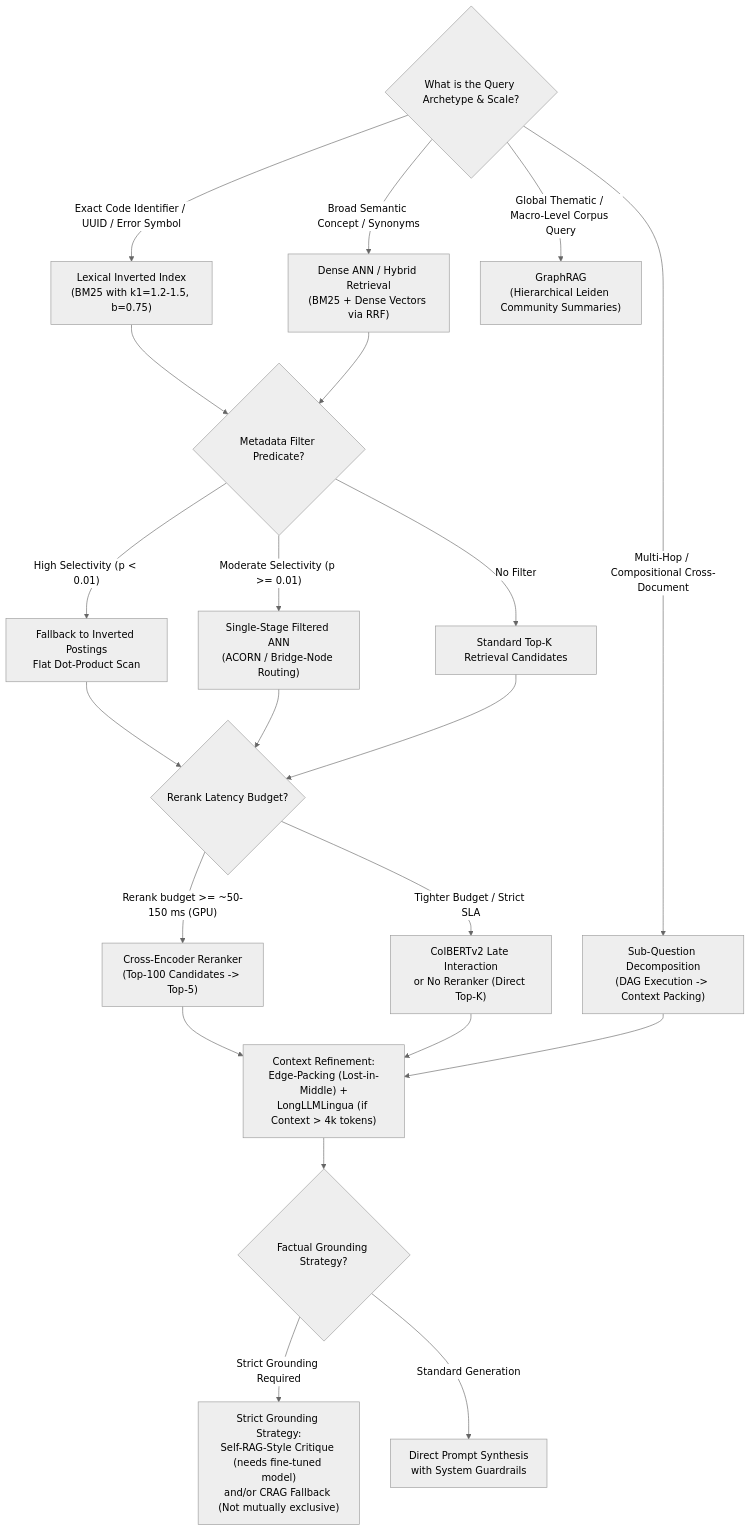
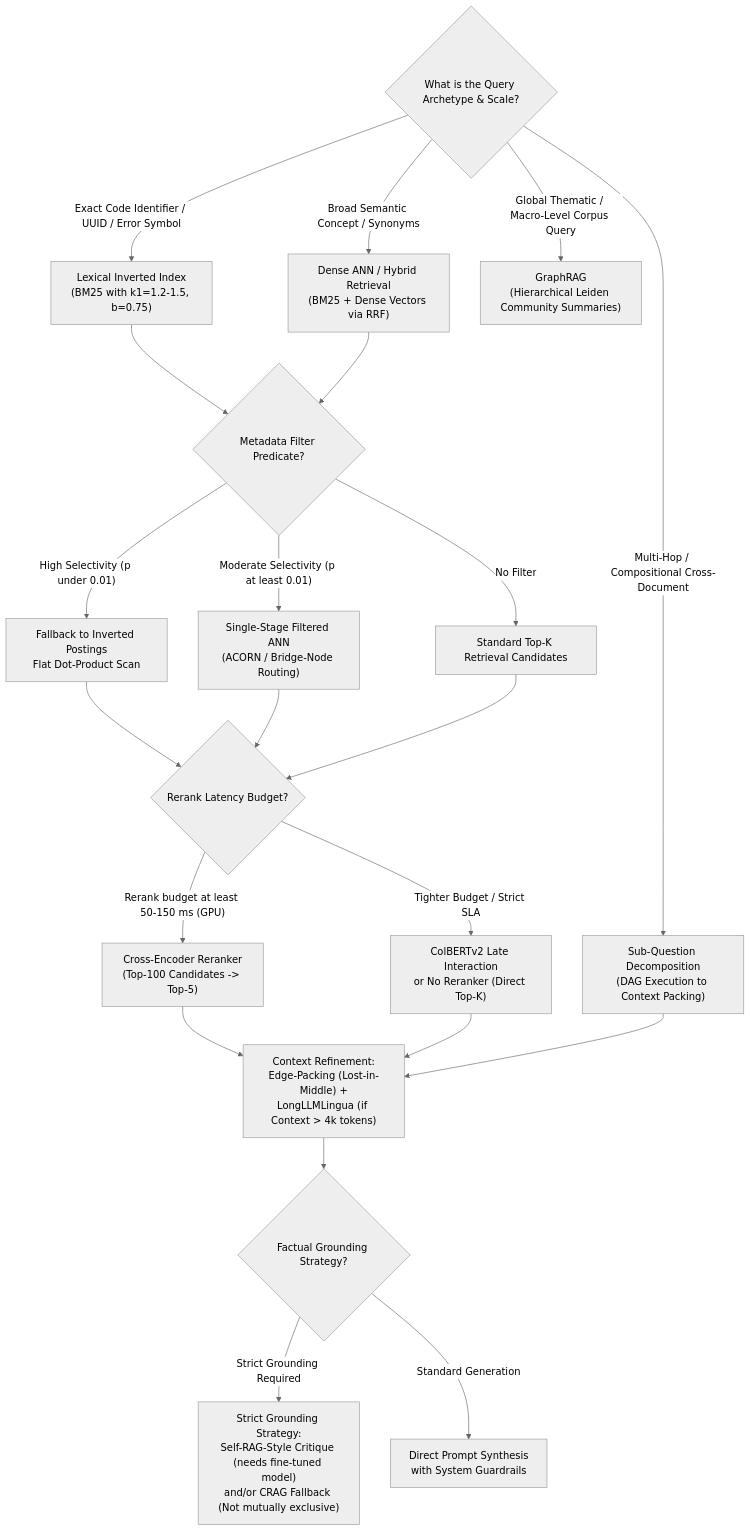
Before and after one commit to divyansh070/ml_notes: the diagram in rag-guide/99-interview-cheatsheet.md, drawn with Mermaid (neutral theme). The commit also changed 8 other files, not shown here.

Commit message:
fix(rag-guide): resolve Mermaid syntax, xychart, and MathJax rendering issues for GitHub

````diff
--- a/rag-guide/99-interview-cheatsheet.md
+++ b/rag-guide/99-interview-cheatsheet.md
@@ -68,31 +68,31 @@
 ```mermaid
 flowchart TD
     START{"What is the Query Archetype & Scale?"}
     
-    START -->|Exact Code Identifier / UUID / Error Symbol| PATH_KEYWORD["Lexical Inverted Index<br/>(BM25 with k1=1.2-1.5, b=0.75)"]
-    START -->|Broad Semantic Concept / Synonyms| PATH_DENSE["Dense ANN / Hybrid Retrieval<br/>(BM25 + Dense Vectors via RRF)"]
-    START -->|Multi-Hop / Compositional Cross-Document| PATH_MULTIHOP["Sub-Question Decomposition<br/>(DAG Execution -> Context Packing)"]
-    START -->|Global Thematic / Macro-Level Corpus Query| PATH_GLOBAL["GraphRAG<br/>(Hierarchical Leiden Community Summaries)"]
+    START -->|"Exact Code Identifier / UUID / Error Symbol"| PATH_KEYWORD["Lexical Inverted Index<br>(BM25 with k1=1.2-1.5, b=0.75)"]
+    START -->|"Broad Semantic Concept / Synonyms"| PATH_DENSE["Dense ANN / Hybrid Retrieval<br>(BM25 + Dense Vectors via RRF)"]
+    START -->|"Multi-Hop / Compositional Cross-Document"| PATH_MULTIHOP["Sub-Question Decomposition<br>(DAG Execution to Context Packing)"]
+    START -->|"Global Thematic / Macro-Level Corpus Query"| PATH_GLOBAL["GraphRAG<br>(Hierarchical Leiden Community Summaries)"]
     
     PATH_KEYWORD --> META_CHECK{"Metadata Filter Predicate?"}
     PATH_DENSE --> META_CHECK
     
-    META_CHECK -->|"High Selectivity (p < 0.01)"| EXACT_SCAN["Fallback to Inverted Postings<br/>Flat Dot-Product Scan"]
-    META_CHECK -->|"Moderate Selectivity (p >= 0.01)"| FILTERED_ANN["Single-Stage Filtered ANN<br/>(ACORN / Bridge-Node Routing)"]
+    META_CHECK -->|"High Selectivity (p under 0.01)"| EXACT_SCAN["Fallback to Inverted Postings<br>Flat Dot-Product Scan"]
+    META_CHECK -->|"Moderate Selectivity (p at least 0.01)"| FILTERED_ANN["Single-Stage Filtered ANN<br>(ACORN / Bridge-Node Routing)"]
     META_CHECK -->|"No Filter"| RAW_RET["Standard Top-K Retrieval Candidates"]
     
     EXACT_SCAN --> RERANK_CHECK{"Rerank Latency Budget?"}
     FILTERED_ANN --> RERANK_CHECK
     RAW_RET --> RERANK_CHECK
     
-    RERANK_CHECK -->|"Rerank budget >= ~50-150 ms (GPU)"| CROSS["Cross-Encoder Reranker<br/>(Top-100 Candidates -> Top-5)"]
-    RERANK_CHECK -->|"Tighter Budget / Strict SLA"| COLBERT_OR_NONE["ColBERTv2 Late Interaction<br/>or No Reranker (Direct Top-K)"]
+    RERANK_CHECK -->|"Rerank budget at least 50-150 ms (GPU)"| CROSS["Cross-Encoder Reranker<br>(Top-100 Candidates -> Top-5)"]
+    RERANK_CHECK -->|"Tighter Budget / Strict SLA"| COLBERT_OR_NONE["ColBERTv2 Late Interaction<br>or No Reranker (Direct Top-K)"]
     
-    CROSS --> PACK["Context Refinement:<br/>Edge-Packing (Lost-in-Middle) +<br/>LongLLMLingua (if Context > 4k tokens)"]
+    CROSS --> PACK["Context Refinement:<br>Edge-Packing (Lost-in-Middle) +<br>LongLLMLingua (if Context > 4k tokens)"]
     COLBERT_OR_NONE --> PACK
     PATH_MULTIHOP --> PACK
     
     PACK --> GROUND_CHECK{"Factual Grounding Strategy?"}
-    GROUND_CHECK -->|"Strict Grounding Required"| CRITIQUE["Strict Grounding Strategy:<br/>Self-RAG-Style Critique (needs fine-tuned model)<br/>and/or CRAG Fallback (Not mutually exclusive)"]
-    GROUND_CHECK -->|"Standard Generation"| DIRECT_GEN["Direct Prompt Synthesis<br/>with System Guardrails"]
+    GROUND_CHECK -->|"Strict Grounding Required"| CRITIQUE["Strict Grounding Strategy:<br>Self-RAG-Style Critique (needs fine-tuned model)<br>and/or CRAG Fallback (Not mutually exclusive)"]
+    GROUND_CHECK -->|"Standard Generation"| DIRECT_GEN["Direct Prompt Synthesis<br>with System Guardrails"]
 ```
````
